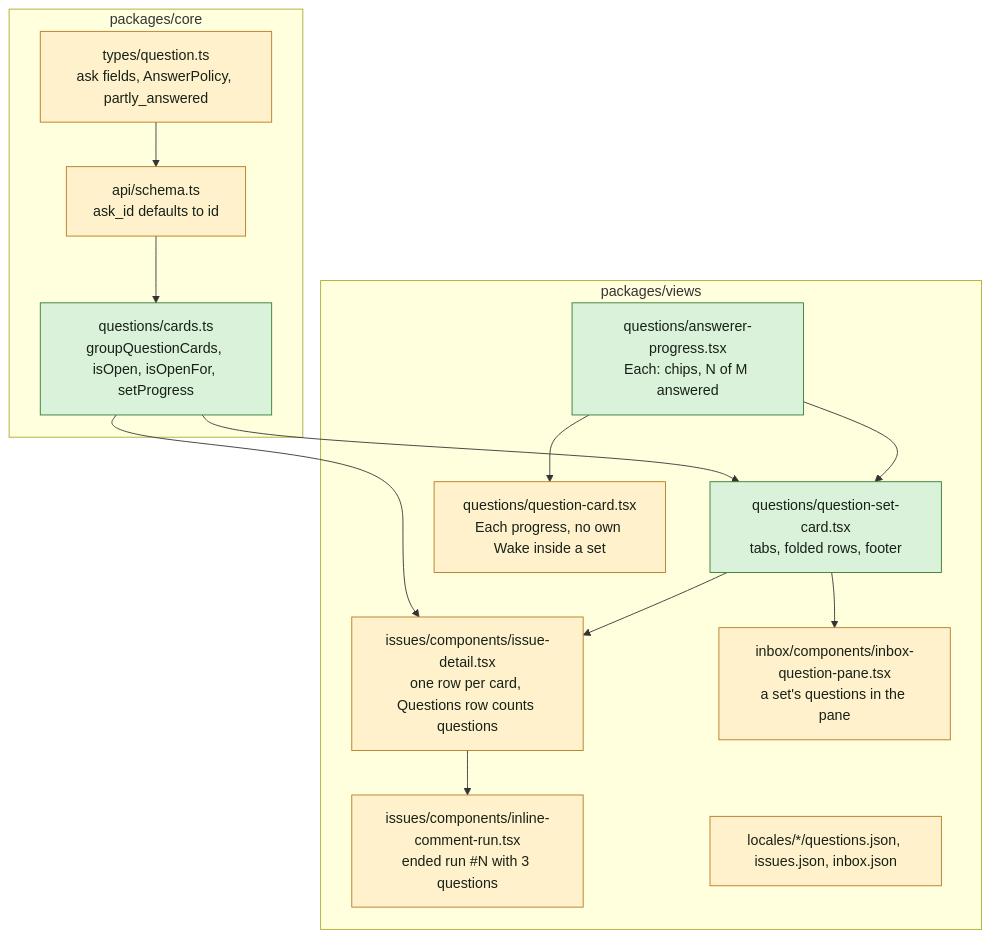
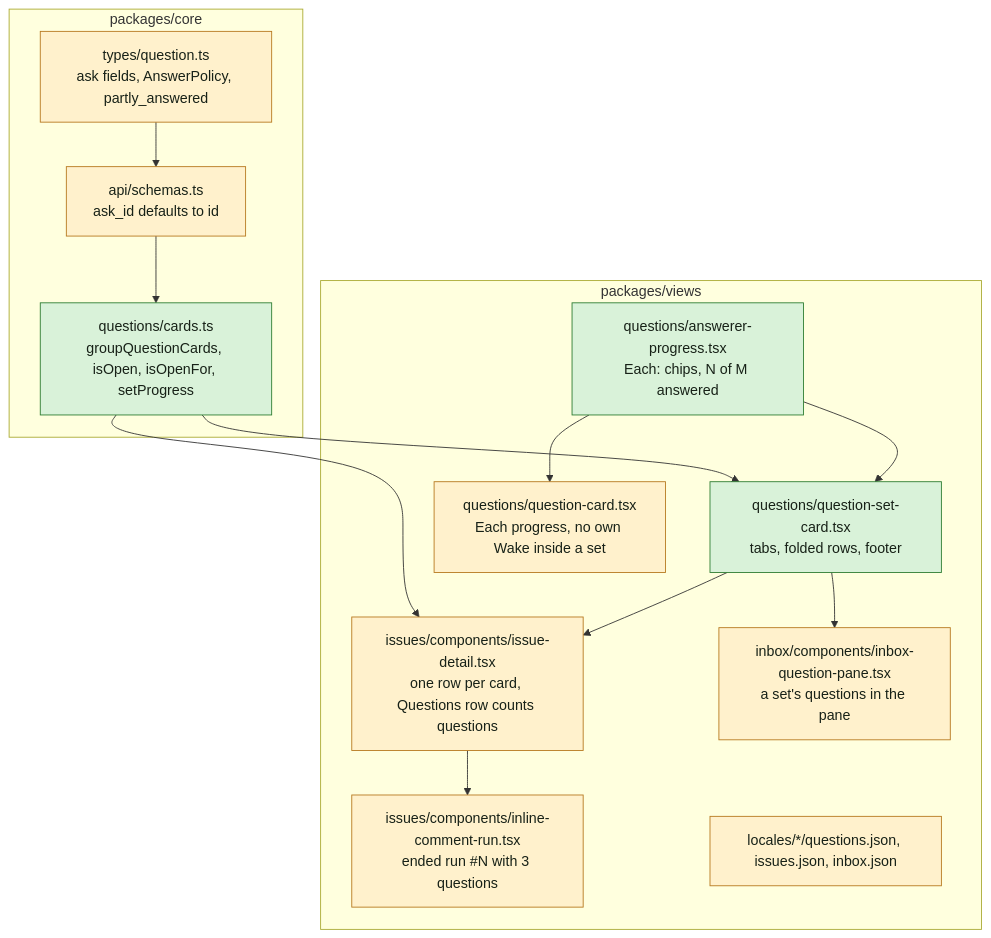
The third of 5 diagrams in specs/openspec/changes/agent-asks-several-questions-at-once/design.md (appboypov/multica), drawn with Mermaid before and after one commit. The commit also changed other lines of this file and 22 other files, not shown here.

````diff
--- a/specs/openspec/changes/agent-asks-several-questions-at-once/design.md
+++ b/specs/openspec/changes/agent-asks-several-questions-at-once/design.md
@@ -59,27 +59,27 @@
 ```mermaid
 flowchart TB
   classDef new fill:#d9f2d9,stroke:#2e7d32,color:#172117
   classDef changed fill:#fff1cc,stroke:#b7791f,color:#172117
   subgraph core["packages/core"]
     qtypes["types/question.ts<br/>ask fields, AnswerPolicy, partly_answered"]:::changed
-    schema["api/schema.ts<br/>ask_id defaults to id"]:::changed
+    schema["api/schemas.ts<br/>ask_id defaults to id"]:::changed
     cards["questions/cards.ts<br/>groupQuestionCards, isOpen, isOpenFor, setProgress"]:::new
   end
   subgraph views["packages/views"]
     setcard["questions/question-set-card.tsx<br/>tabs, folded rows, footer"]:::new
     chips["questions/answerer-progress.tsx<br/>Each: chips, N of M answered"]:::new
     qcard["questions/question-card.tsx<br/>Each progress, no own Wake inside a set"]:::changed
     detail["issues/components/issue-detail.tsx<br/>one row per card, Questions row counts questions"]:::changed
     runrow["issues/components/inline-comment-run.tsx<br/>ended run #N with 3 questions"]:::changed
     inbox["inbox/components/inbox-question-pane.tsx<br/>a set's questions in the pane"]:::changed
     loc["locales/*/questions.json, issues.json, inbox.json"]:::changed
   end
   qtypes --> schema --> cards
   cards --> setcard
   cards --> detail
   chips --> qcard
   chips --> setcard
   setcard --> detail
   setcard --> inbox
   detail --> runrow
 ```
````
